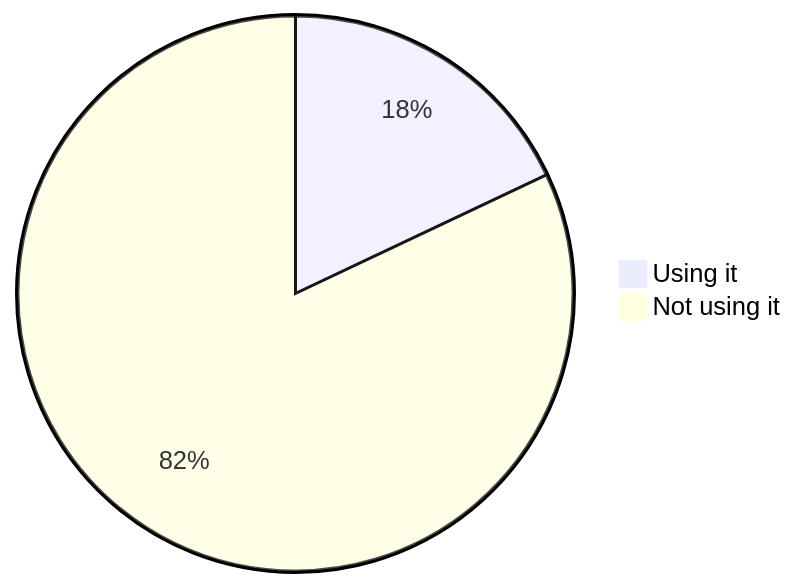
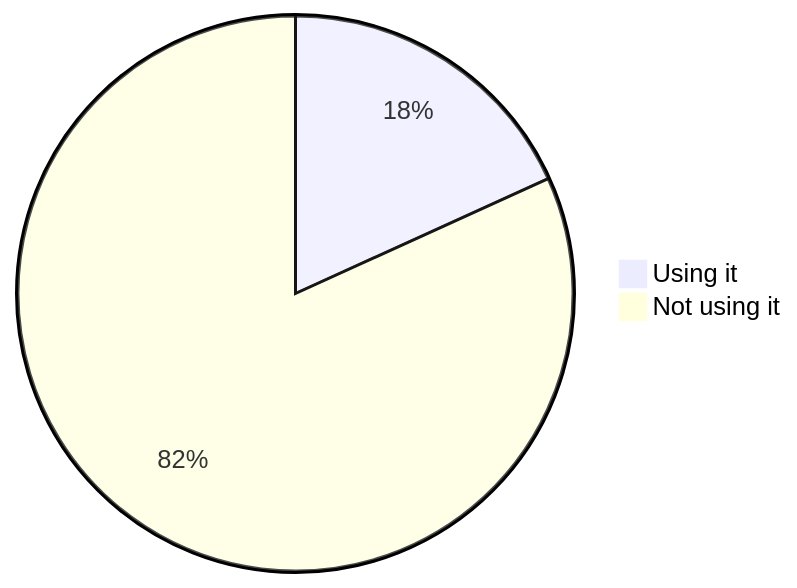
The fourth of 22 diagrams in stats.md (oshp/oshp-stats), drawn with Mermaid before and after one commit. The commit also changed other lines of this file, not shown here.

````diff
--- a/stats.md
+++ b/stats.md
@@ -46,6 +46,6 @@
 ```mermaid
 pie
-	"Using it" : 17.97
-	"Not using it" : 82.03
+	"Using it" : 18.21
+	"Not using it" : 81.79
 
 ```
````
